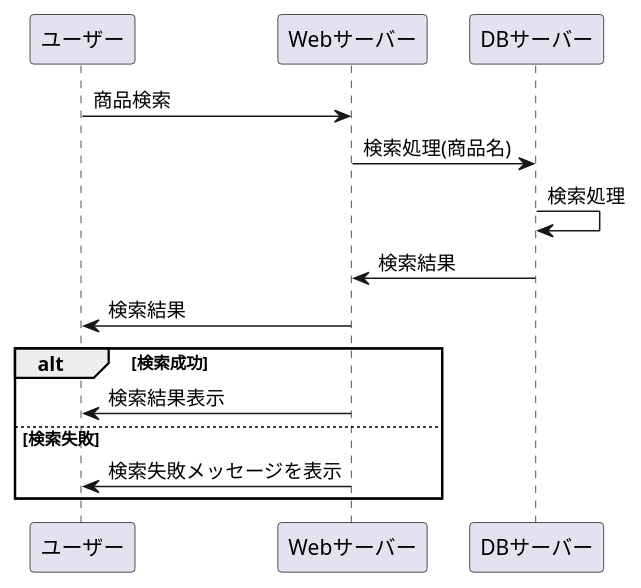
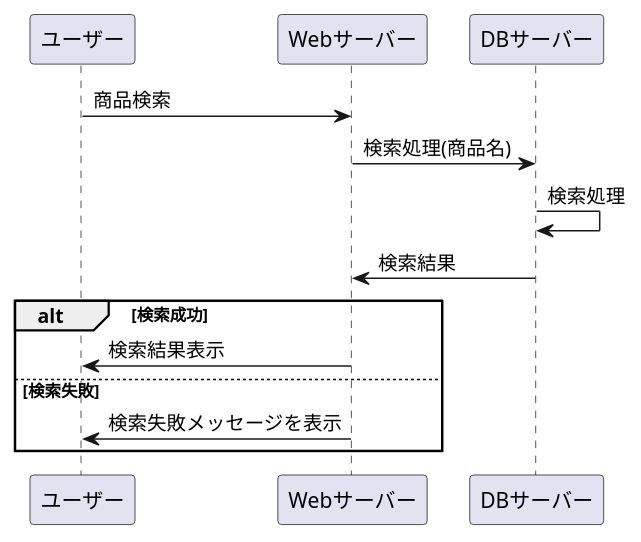
The diagram in 第8回授業/syouhinnkensaku.md (Aso2001388/2021sys-design), drawn with PlantUML before and after one commit.

````diff
--- a/第8回授業/syouhinnkensaku.md
+++ b/第8回授業/syouhinnkensaku.md
@@ -1,15 +1,14 @@
 ```uml
 @startuml
 ユーザー->Webサーバー:商品検索
 Webサーバー->DBサーバー:検索処理(商品名)
 DBサーバー->DBサーバー:検索処理
 DBサーバー->Webサーバー:検索結果
-Webサーバー->ユーザー:検索結果
 alt 検索成功
 Webサーバー->ユーザー:検索結果表示
 else 検索失敗
 Webサーバー->ユーザー:検索失敗メッセージを表示
 end
 @enduml
 
 ```
````
